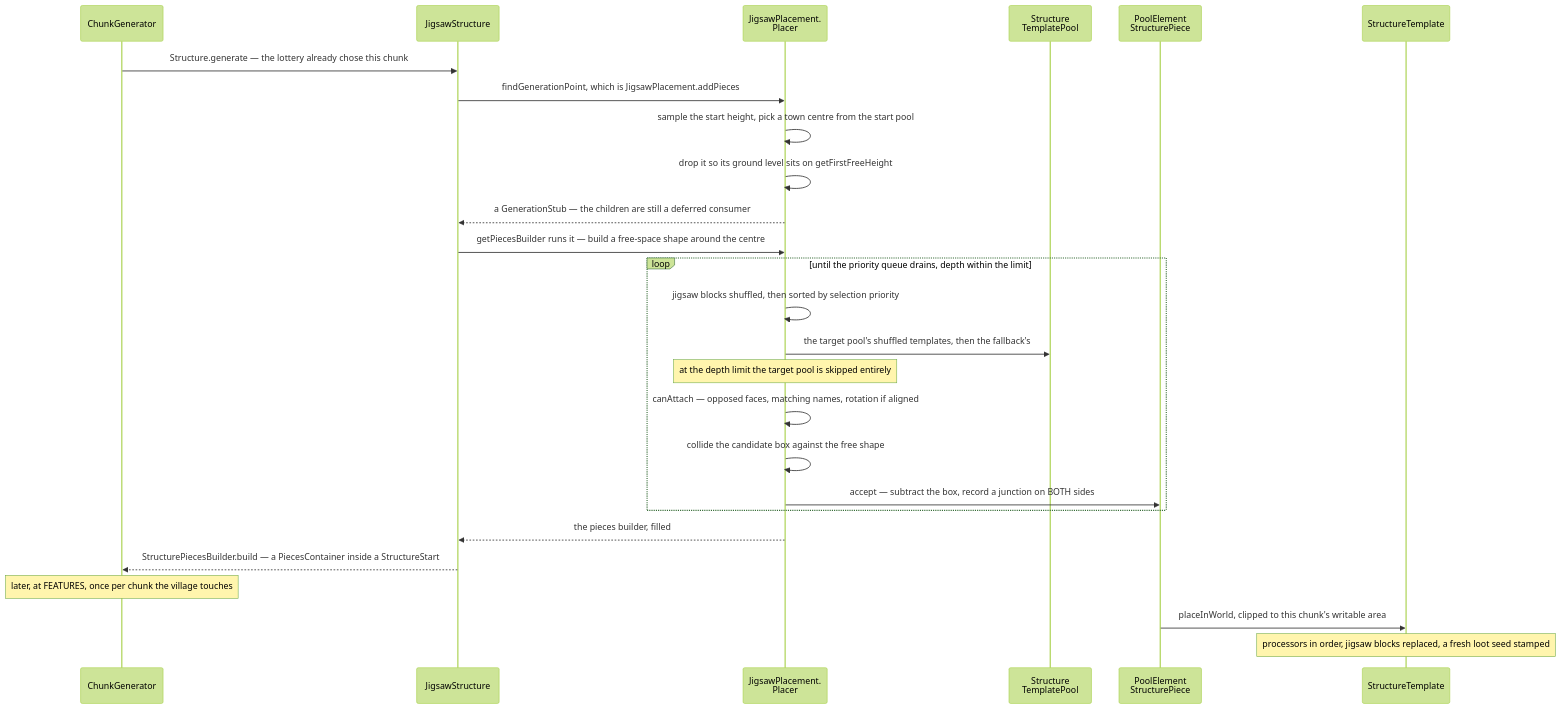
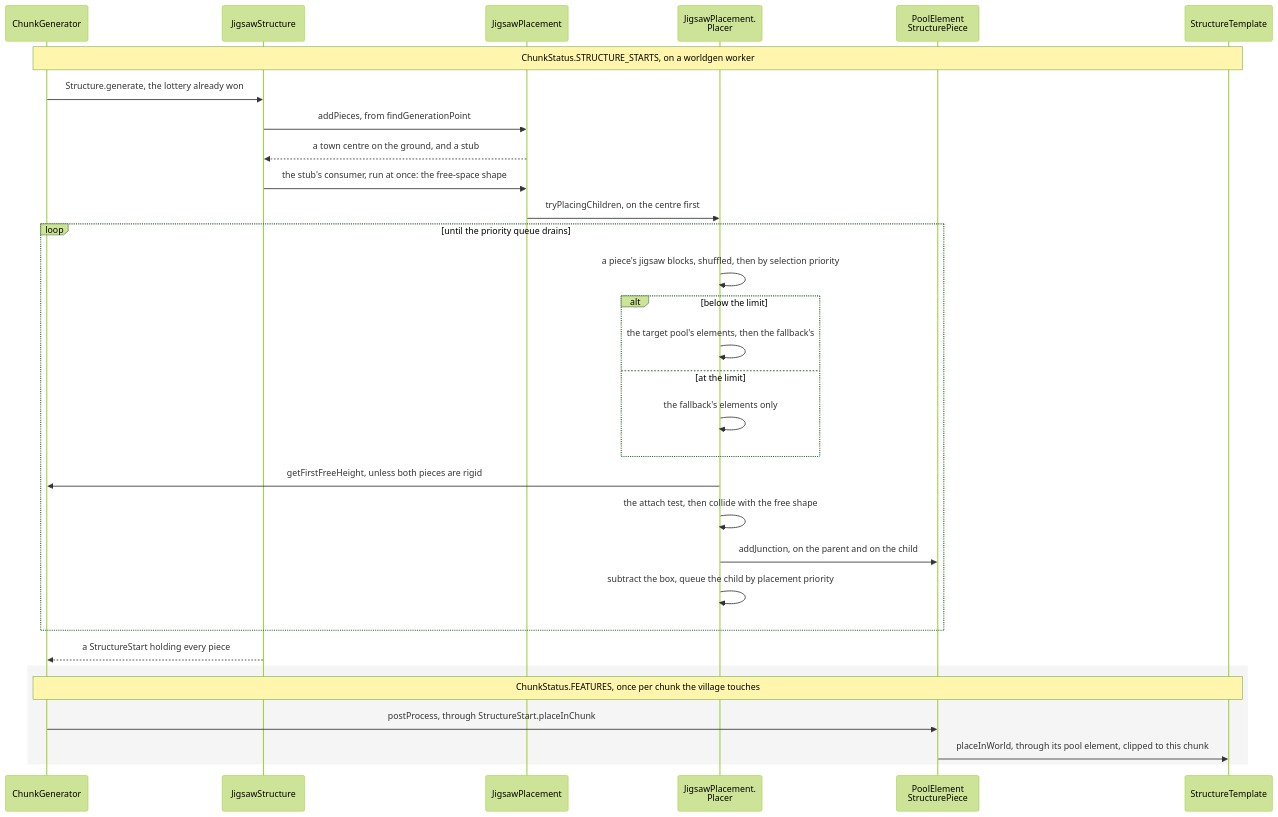
One commit to AlexanderjFraser/MinecraftDocs changed the diagram in src/systems/worldgen/jigsaw-and-templates.md. Above: the diagram before and after it, drawn with Mermaid (forest theme). The commit also changed other lines of this file and 16 other files, not shown here.

First line of the commit message:
pass 7, session L — Part XII: a figure that contradicted its page's own hook, twice, and the caller's method at the callee in a tenth part of ten

````diff
--- a/src/systems/worldgen/jigsaw-and-templates.md
+++ b/src/systems/worldgen/jigsaw-and-templates.md
@@ -46,29 +46,34 @@
 ```mermaid
 sequenceDiagram
     participant ChunkG as ChunkGenerator
     participant JS as JigsawStructure
+    participant JP as JigsawPlacement
     participant JPP as JigsawPlacement.<br/>Placer
-    participant STP as Structure<br/>TemplatePool
     participant PESP as PoolElement<br/>StructurePiece
     participant STemp as StructureTemplate
 
-    ChunkG->>JS: Structure.generate — the lottery already chose this chunk
-    JS->>JPP: findGenerationPoint, which is JigsawPlacement.addPieces
-    JPP->>JPP: sample the start height, pick a town centre from the start pool
-    JPP->>JPP: drop it so its ground level sits on getFirstFreeHeight
-    JPP-->>JS: a GenerationStub — the children are still a deferred consumer
-    JS->>JPP: getPiecesBuilder runs it — build a free-space shape around the centre
-    loop until the priority queue drains, depth within the limit
-        JPP->>JPP: jigsaw blocks shuffled, then sorted by selection priority
-        JPP->>STP: the target pool's shuffled templates, then the fallback's
-        Note over JPP: at the depth limit the target pool is skipped entirely
-        JPP->>JPP: canAttach — opposed faces, matching names, rotation if aligned
-        JPP->>JPP: collide the candidate box against the free shape
-        JPP->>PESP: accept — subtract the box, record a junction on BOTH sides
+    Note over ChunkG,STemp: ChunkStatus.STRUCTURE_STARTS, on a worldgen worker
+    ChunkG->>JS: Structure.generate, the lottery already won
+    JS->>JP: addPieces, from findGenerationPoint
+    JP-->>JS: a town centre on the ground, and a stub
+    JS->>JP: the stub's consumer, run at once: the free-space shape
+    JP->>JPP: tryPlacingChildren, on the centre first
+    loop until the priority queue drains
+        JPP->>JPP: a piece's jigsaw blocks, shuffled, then by selection priority
+        alt below the limit
+            JPP->>JPP: the target pool's elements, then the fallback's
+        else at the limit
+            JPP->>JPP: the fallback's elements only
+        end
+        JPP->>ChunkG: getFirstFreeHeight, unless both pieces are rigid
+        JPP->>JPP: the attach test, then collide with the free shape
+        JPP->>PESP: addJunction, on the parent and on the child
+        JPP->>JPP: subtract the box, queue the child by placement priority
     end
-    JPP-->>JS: the pieces builder, filled
-    JS-->>ChunkG: StructurePiecesBuilder.build — a PiecesContainer inside a StructureStart
-    Note over ChunkG: later, at FEATURES, once per chunk the village touches
-    PESP->>STemp: placeInWorld, clipped to this chunk's writable area
-    Note over STemp: processors in order, jigsaw blocks replaced, a fresh loot seed stamped
+    JS-->>ChunkG: a StructureStart holding every piece
+    rect rgba(0, 0, 0, 0.04)
+    Note over ChunkG,STemp: ChunkStatus.FEATURES, once per chunk the village touches
+    ChunkG->>PESP: postProcess, through StructureStart.placeInChunk
+    PESP->>STemp: placeInWorld, through its pool element, clipped to this chunk
+    end
 ```
````
